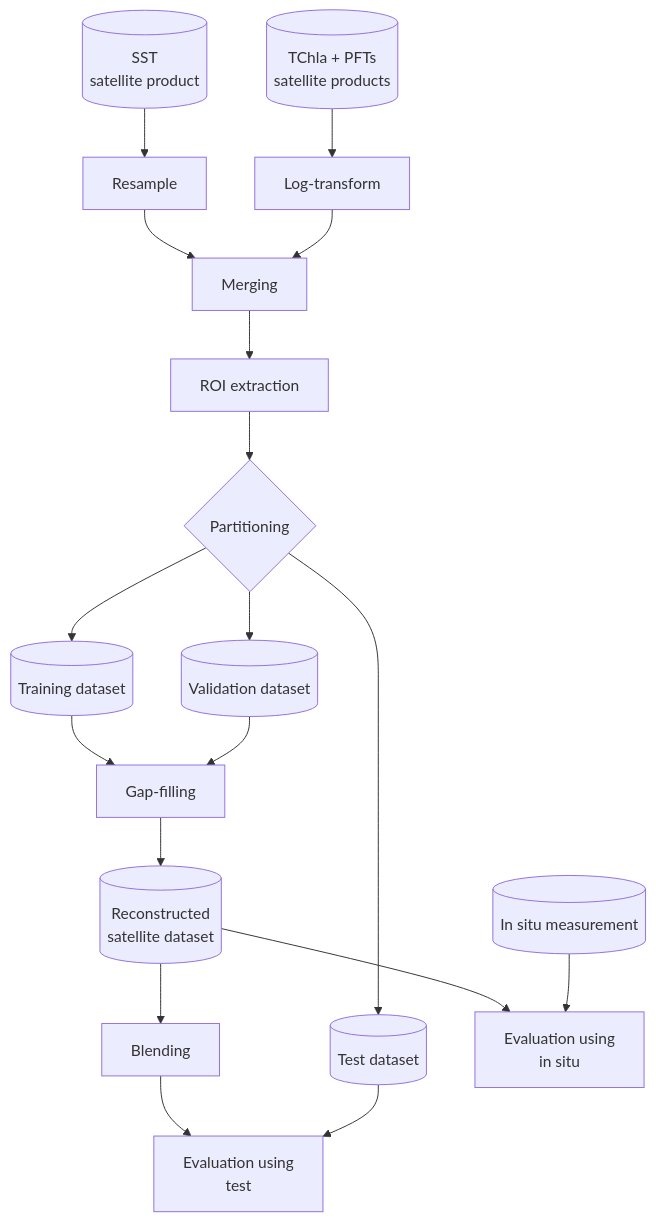
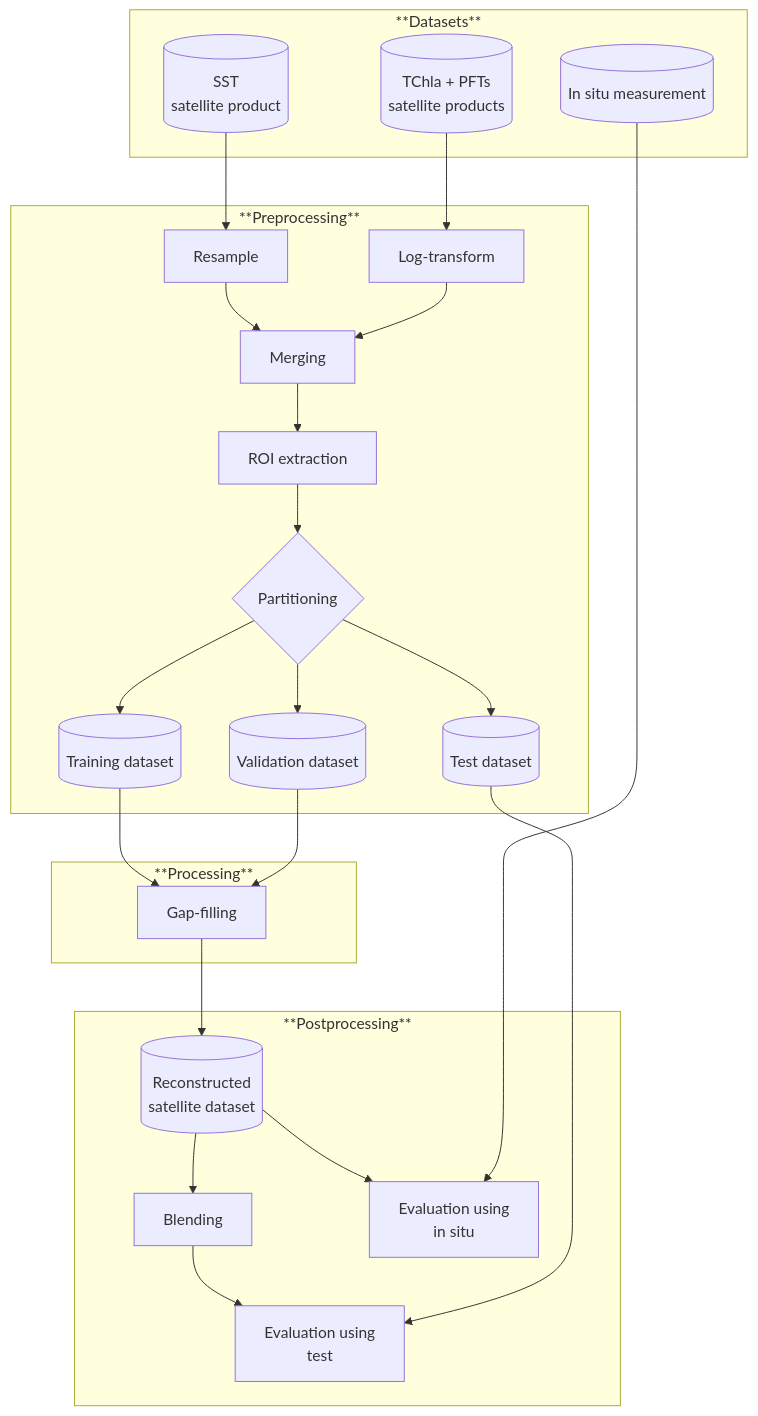
One commit to EhsanMehdipour/PFT_gapfilling changed the diagram in README.md. Above: the diagram before and after it, drawn with Mermaid.

````diff
--- a/README.md
+++ b/README.md
@@ -42,35 +42,44 @@
 ```mermaid
 flowchart TD
-    A1@{shape: cyl, label: "SST
-    satellite product" }
-    %% A1[SST]
-    A2@{shape: cyl, label: "TChla + PFTs 
-    satellite products" }
-    %% A2[TChla+5PFT]
-    A3@{shape: cyl, label: "In situ measurement" }
-    %% A3[In situ]
+    subgraph **Datasets**
+        A1@{shape: cyl, label: "SST
+        satellite product" }
+        %% A1[SST]
+        A2@{shape: cyl, label: "TChla + PFTs 
+        satellite products" }
+        %% A2[TChla+5PFT]
+        A3@{shape: cyl, label: "In situ measurement" }
+        %% A3[In situ]
+    end
 
     A1-->D[Resample]
     A2-->E[Log-transform]
-    D-->F[Merging]
-    E-->F
-    F-->G[ROI extraction]
-    G-->H{Partitioning}
 
-    H-->I1@{shape: cyl, label: "Training dataset"}
-    H-->I2@{shape: cyl, label: "Validation dataset"}
-    H-->I3@{shape: cyl, label: "Test dataset"}
+    subgraph **Preprocessing**
 
+        D-->F[Merging]
+        E-->F
+        F-->G[ROI extraction]
+        G-->H{Partitioning}
+
+        H-->I1@{shape: cyl, label: "Training dataset"}
+        H-->I2@{shape: cyl, label: "Validation dataset"}
+        H-->I3@{shape: cyl, label: "Test dataset"}
+    end
     I1-->J[Gap-filling]
     I2-->J
-
+    subgraph **Processing**
+        J
+    end
     J-->K@{shape: cyl, label: "Reconstructed 
     satellite dataset"}
-    K-->L[Blending]
-    L-->N[Evaluation using 
-    test]
-    K-->M
+    subgraph **Postprocessing**
+        K-->L[Blending]
+        L-->N[Evaluation using 
+        test]
+        K-->M
+        I3-->N
+    end
     A3-->M[Evaluation using 
-    in situ]
-    I3-->N
+        in situ]
 ```
````
